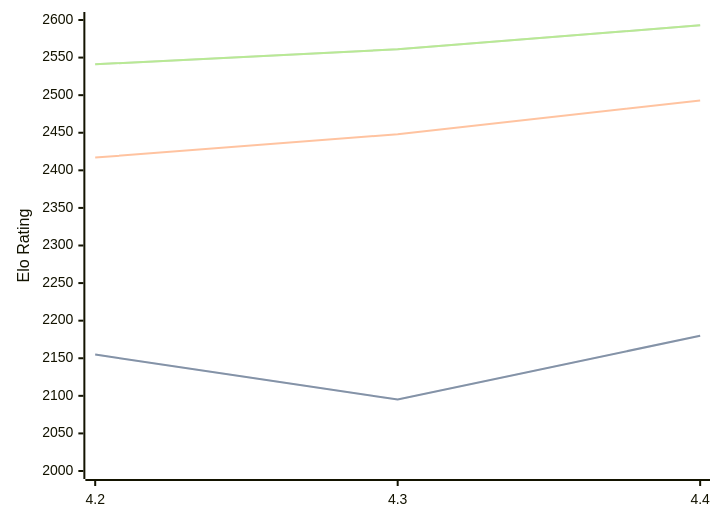
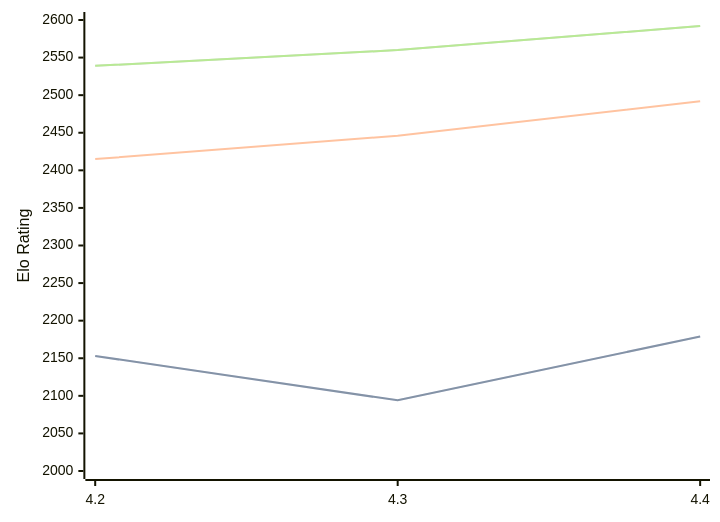
One commit to computer-chess-index/cci changed the diagram in engines/Eubos.md. Above: the diagram before and after it, drawn with Mermaid. The commit also changed other lines of this file, not shown here.

Commit message:
Update CCI Ratings (ELO VLTC) - 2026-06-07

````diff
--- a/engines/Eubos.md
+++ b/engines/Eubos.md
@@ -89,11 +89,11 @@
 ```mermaid
 %%{init: {"theme":"base","themeVariables":{"seriesColors:['#a3a3a3','#222221','#faa371']}}}%%
 xychart-beta
   x-axis ["4.2", "4.3", "4.4"]
   y-axis "Elo Rating" 2000 --> 2600
-  line "STC (8.0+0.08s)" [2155, 2095, 2180]
-  line "STC (8.0+0.08s)" [2155, 2095, 2180]
-  line "LTC (60.0+0.60s)" [2417, 2448, 2493]
-  line "VLTC (2m24s+1.12s)" [2541, 2561, 2593]
-  line "VLTC (2m24s+1.12s)" [2541, 2561, 2593]
+  line "STC (8.0+0.08s)" [2153, 2094, 2179]
+  line "STC (8.0+0.08s)" [2153, 2094, 2179]
+  line "LTC (60.0+0.60s)" [2415, 2446, 2492]
+  line "VLTC (2m24s+1.12s)" [2539, 2560, 2592]
+  line "VLTC (2m24s+1.12s)" [2539, 2560, 2592]
 ```
````
